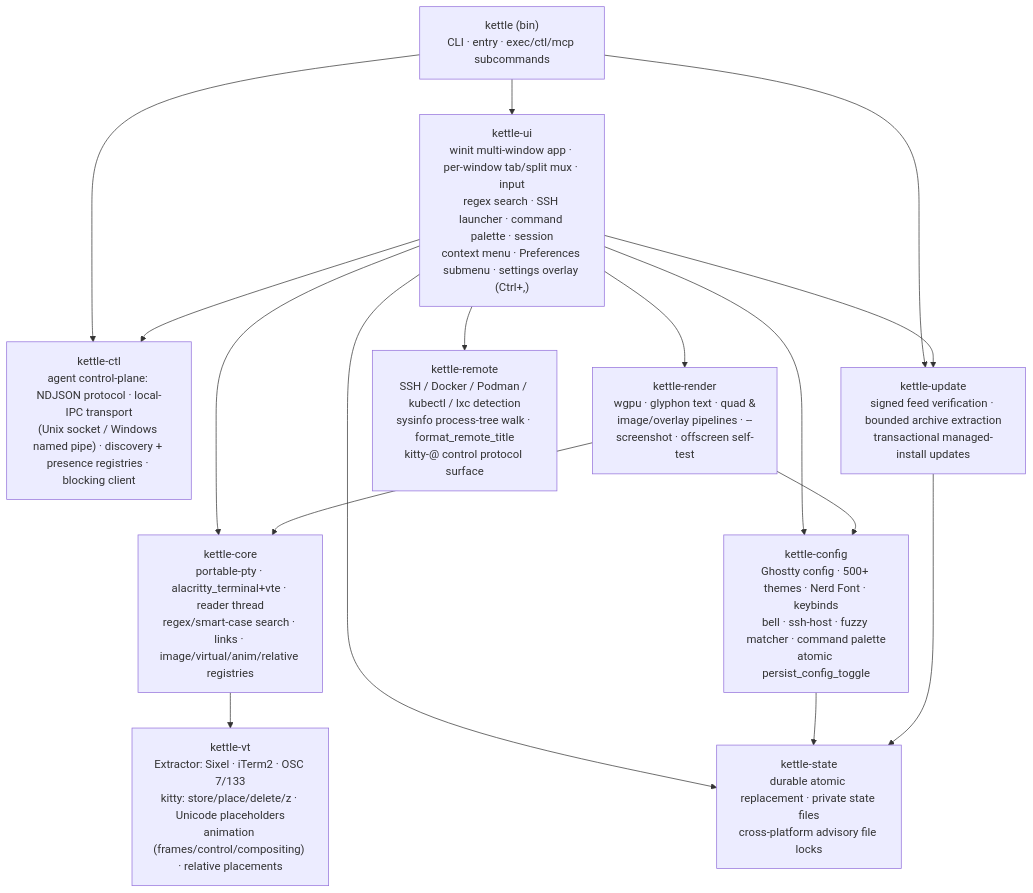
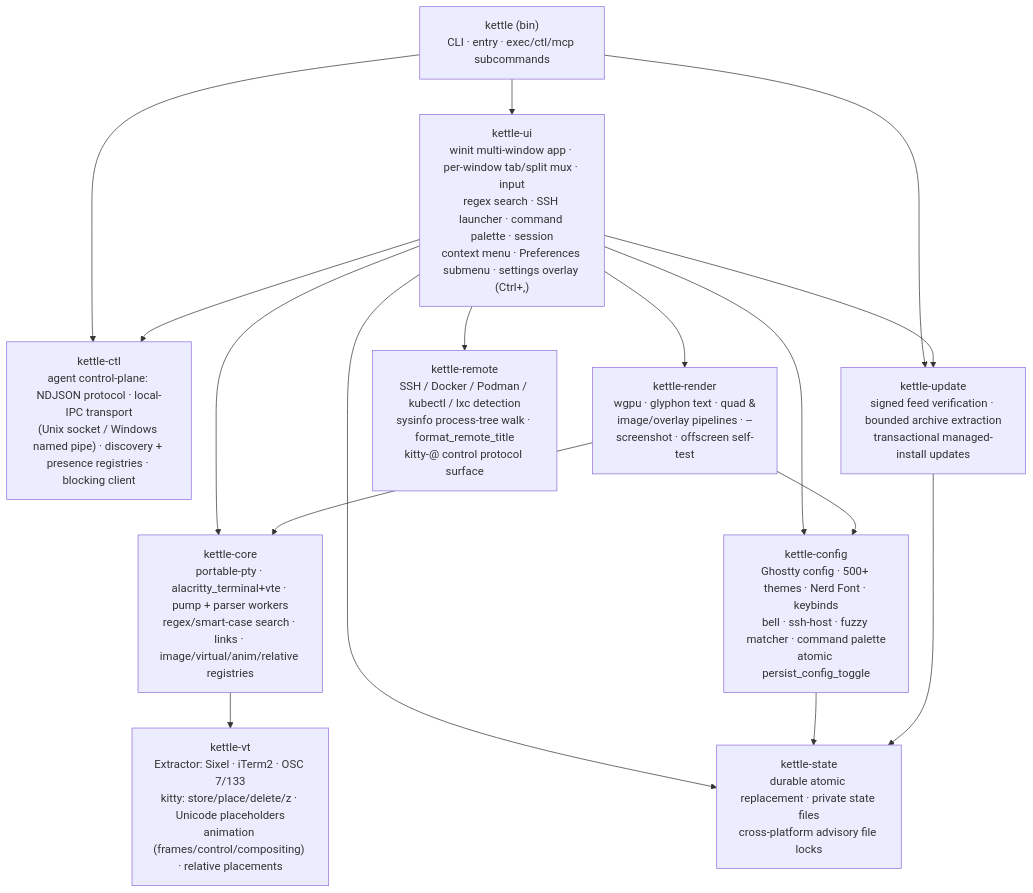
One commit to Reddimus/kettle changed the first of 11 diagrams in docs/ARCHITECTURE.md. Above: the diagram before and after it, drawn with Mermaid. The commit also changed other lines of this file and 131 other files, not shown here.

````diff
--- a/docs/ARCHITECTURE.md
+++ b/docs/ARCHITECTURE.md
@@ -10,22 +10,22 @@
 ```mermaid
 graph TD
     bin["kettle (bin)<br/>CLI · entry · exec/ctl/mcp subcommands"] --> ui
     bin --> ctl
     bin --> update
     ui["kettle-ui<br/>winit multi-window app · per-window tab/split mux · input<br/>regex search · SSH launcher · command palette · session<br/>context menu · Preferences submenu · settings overlay (Ctrl+,)"] --> render
     ui --> core
     ui --> cfg
     ui --> remote
     ui --> ctl
     ui --> state
     ui --> update
     ctl["kettle-ctl<br/>agent control-plane: NDJSON protocol · local-IPC transport<br/>(Unix socket / Windows named pipe) · discovery + presence registries · blocking client"]
     render["kettle-render<br/>wgpu · glyphon text · quad &<br/>image/overlay pipelines · --screenshot · offscreen self-test"] --> core
     render --> cfg
-    core["kettle-core<br/>portable-pty · alacritty_terminal+vte · reader thread<br/>regex/smart-case search · links · image/virtual/anim/relative registries"] --> vt
+    core["kettle-core<br/>portable-pty · alacritty_terminal+vte · pump + parser workers<br/>regex/smart-case search · links · image/virtual/anim/relative registries"] --> vt
     cfg["kettle-config<br/>Ghostty config · 500+ themes · Nerd Font · keybinds<br/>bell · ssh-host · fuzzy matcher · command palette<br/>atomic persist_config_toggle"] --> state
     vt["kettle-vt<br/>Extractor: Sixel · iTerm2 · OSC 7/133<br/>kitty: store/place/delete/z · Unicode placeholders<br/>animation (frames/control/compositing) · relative placements"]
     remote["kettle-remote<br/>SSH / Docker / Podman / kubectl / lxc detection<br/>sysinfo process-tree walk · format_remote_title<br/>kitty-@ control protocol surface"]
     update["kettle-update<br/>signed feed verification · bounded archive extraction<br/>transactional managed-install updates"] --> state
     state["kettle-state<br/>durable atomic replacement · private state files<br/>cross-platform advisory file locks"]
 ```
````
